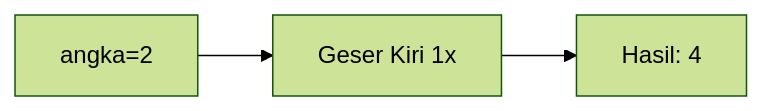
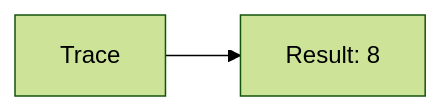
Diagram 15 of 25 in part-c-pemahaman-cpp/06-bitwise/latihan/set-05.md (amnahwaida/OSNK_INF_PREP), drawn with Mermaid (forest theme) before and after one commit. The commit also changed other lines of this file and 71 other files, not shown here.

````diff
--- a/part-c-pemahaman-cpp/06-bitwise/latihan/set-05.md
+++ b/part-c-pemahaman-cpp/06-bitwise/latihan/set-05.md
@@ -374,5 +316,4 @@
 ```mermaid
 graph LR
-A["angka=2"] --> B["Geser Kiri 1x"]
-B --> C["Hasil: 4"]
+A[Trace] --> B[Result: 8]
 ```
````
